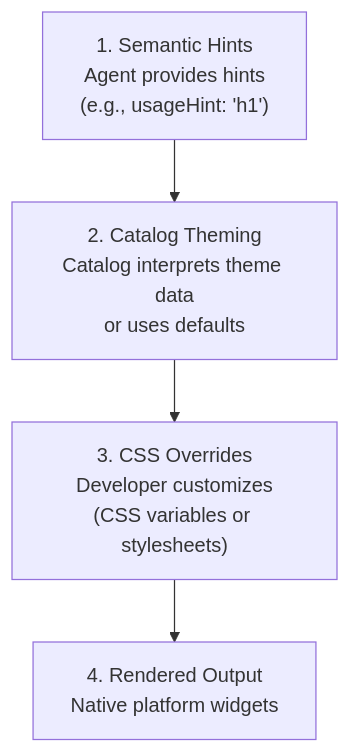
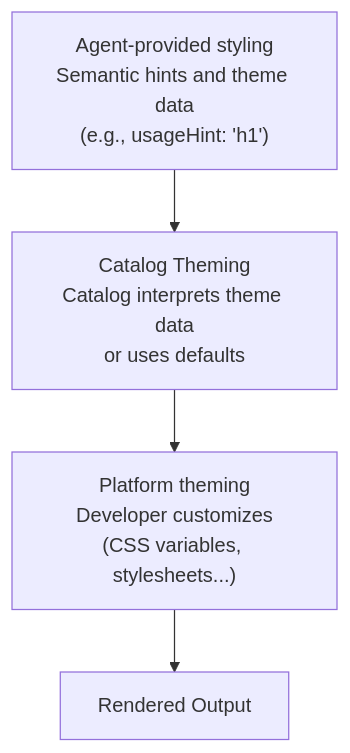
The diagram in docs/guides/theming.md (google/A2UI), drawn with Mermaid before and after one commit. The commit also changed other lines of this file, not shown here.

````diff
--- a/docs/guides/theming.md
+++ b/docs/guides/theming.md
@@ -24,9 +18,9 @@
 ```mermaid
 flowchart TD
-    A["1. Semantic Hints<br/>Agent provides hints<br/>(e.g., usageHint: 'h1')"]
-    B["2. Catalog Theming<br/>Catalog interprets theme data<br/>or uses defaults"]
-    C["3. CSS Overrides<br/>Developer customizes<br/>(CSS variables or stylesheets)"]
-    D["4. Rendered Output<br/>Native platform widgets"]
+    A["Agent-provided styling<br/>Semantic hints and theme data<br/>(e.g., usageHint: 'h1')"]
+    B["Catalog Theming<br/>Catalog interprets theme data<br/>or uses defaults"]
+    C["Platform theming<br/>Developer customizes<br/>(CSS variables, stylesheets...)"]
+    D["Rendered Output"]
 
     A --> B --> C --> D
 ```
````
